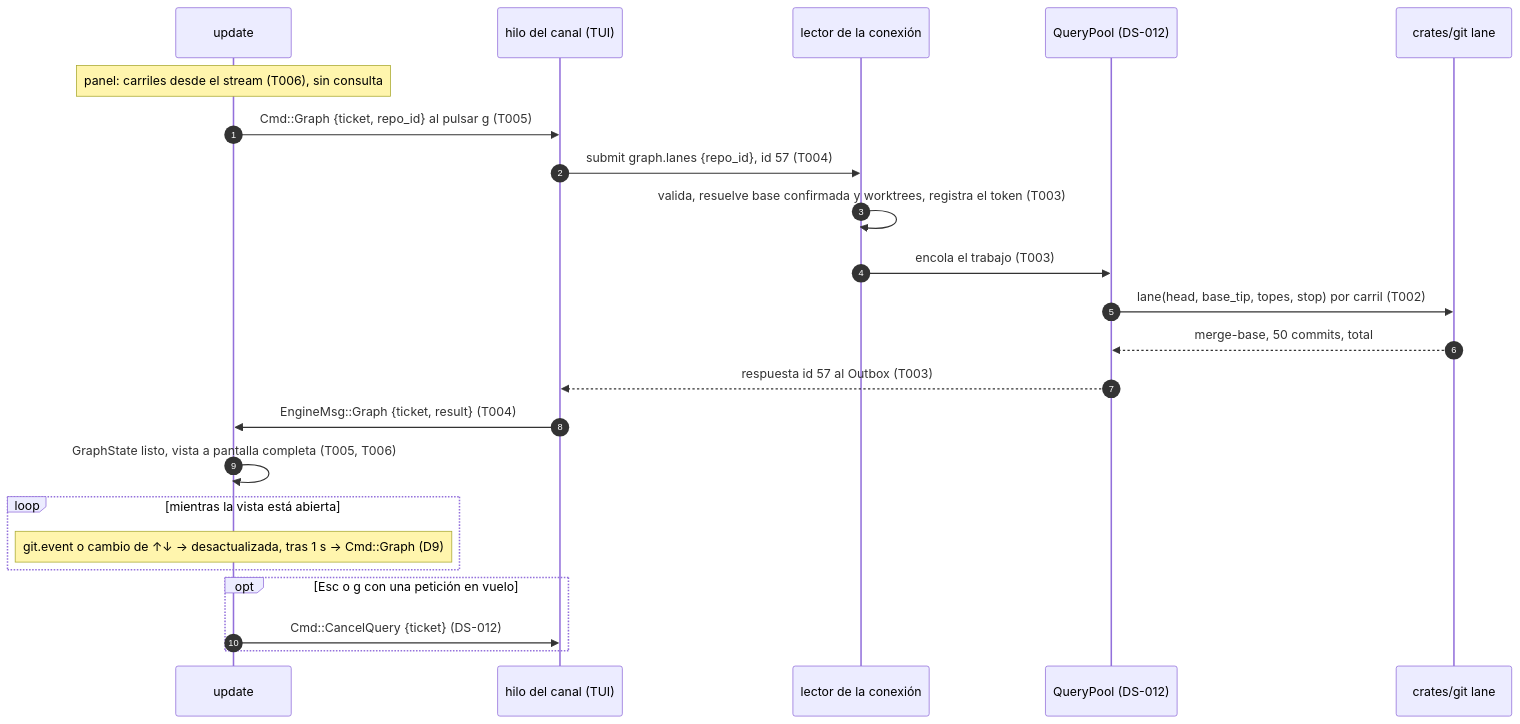
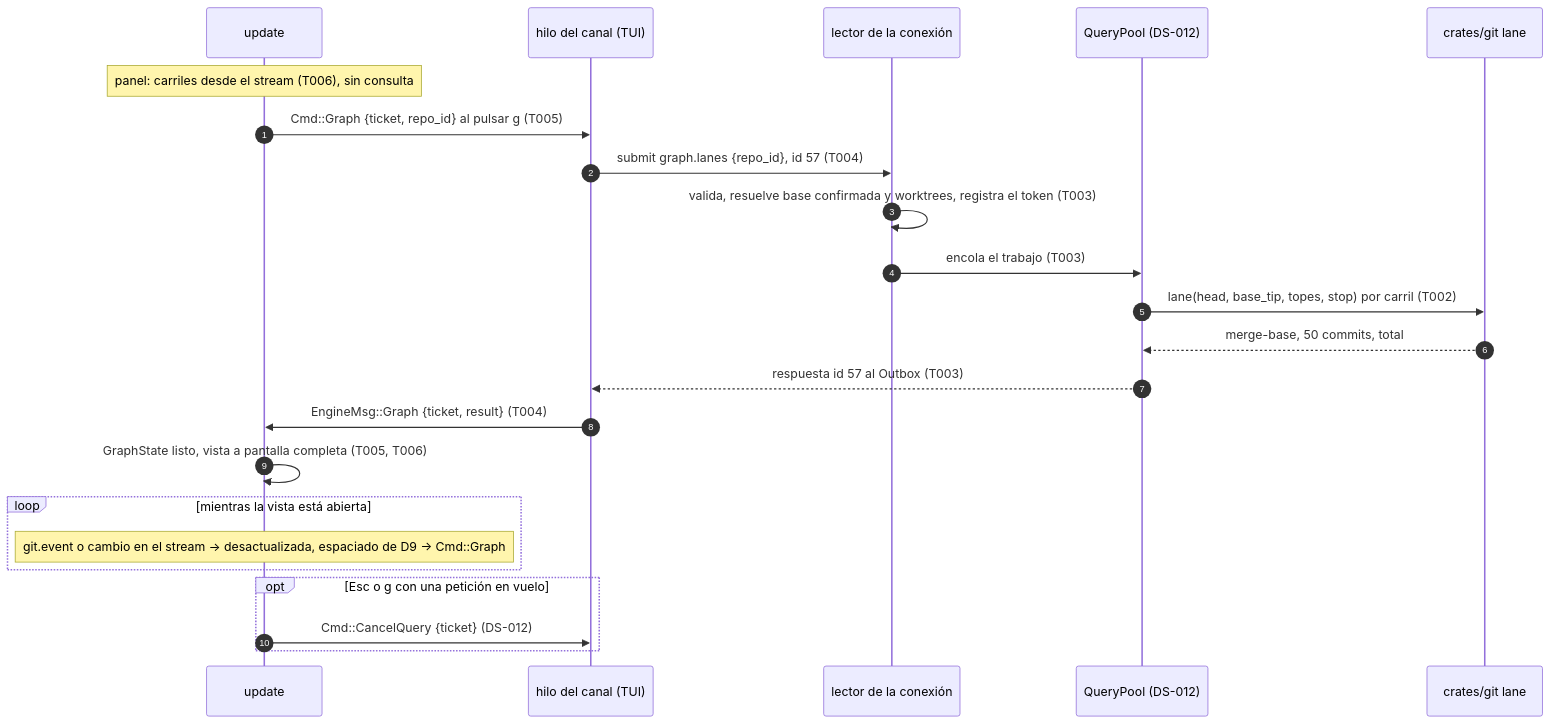
One commit to rbonillajr/gitRaptor changed the diagram in docs/requirements/features/cockpit/dev-specs/US-CKP-022-grafo-carriles.md. Above: the diagram before and after it, drawn with Mermaid. The commit also changed other lines of this file, not shown here.

Commit message:
docs(cockpit): apply the architecture and product review to the US-CKP-022 Dev Spec

````diff
--- a/docs/requirements/features/cockpit/dev-specs/US-CKP-022-grafo-carriles.md
+++ b/docs/requirements/features/cockpit/dev-specs/US-CKP-022-grafo-carriles.md
@@ -146,25 +146,25 @@
 ```mermaid
 sequenceDiagram
     autonumber
     participant U as update
     participant H as hilo del canal (TUI)
     participant L as lector de la conexión
     participant P as QueryPool (DS-012)
     participant G as crates/git lane
     Note over U: panel: carriles desde el stream (T006), sin consulta
     U->>H: Cmd::Graph {ticket, repo_id} al pulsar g (T005)
     H->>L: submit graph.lanes {repo_id}, id 57 (T004)
     L->>L: valida, resuelve base confirmada y worktrees, registra el token (T003)
     L->>P: encola el trabajo (T003)
     P->>G: lane(head, base_tip, topes, stop) por carril (T002)
     G-->>P: merge-base, 50 commits, total
     P-->>H: respuesta id 57 al Outbox (T003)
     H->>U: EngineMsg::Graph {ticket, result} (T004)
     U->>U: GraphState listo, vista a pantalla completa (T005, T006)
     loop mientras la vista está abierta
-        Note over U: git.event o cambio de ↑↓ → desactualizada, tras 1 s → Cmd::Graph (D9)
+        Note over U: git.event o cambio en el stream → desactualizada, espaciado de D9 → Cmd::Graph
     end
     opt Esc o g con una petición en vuelo
         U->>H: Cmd::CancelQuery {ticket} (DS-012)
     end
 ```
````
